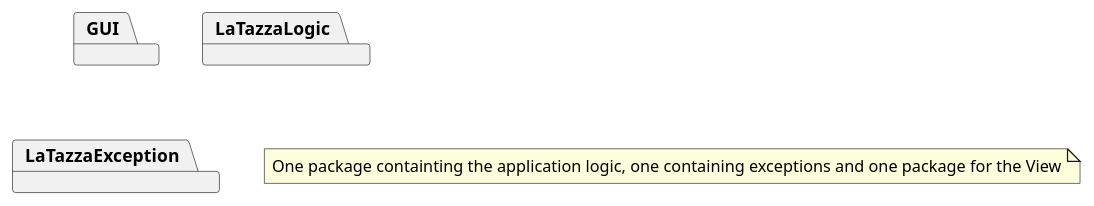
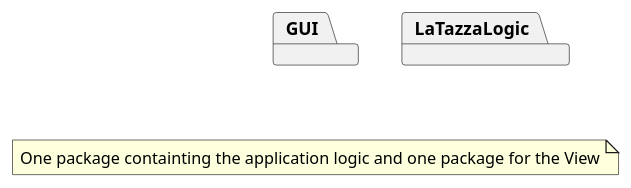
Before and after one commit to SimoneDutto/LaTazza: the first of 3 diagrams in templates/DesignDocumentTemplate.md, drawn with PlantUML. The commit also changed other lines of this file, not shown here.

Commit message:
Update Class Diagram Update FR1 in Verification traceability matrix Add Sequence Diagram of Scenario 1

````diff
--- a/templates/DesignDocumentTemplate.md
+++ b/templates/DesignDocumentTemplate.md
@@ -26,7 +26,6 @@
 ```plantuml
 package GUI 
 package LaTazzaLogic
-package LaTazzaException
 
-note "One package containting the application logic, one containing exceptions and one package for the View" as n
+note "One package containting the application logic and one package for the View" as n
 ```
````
